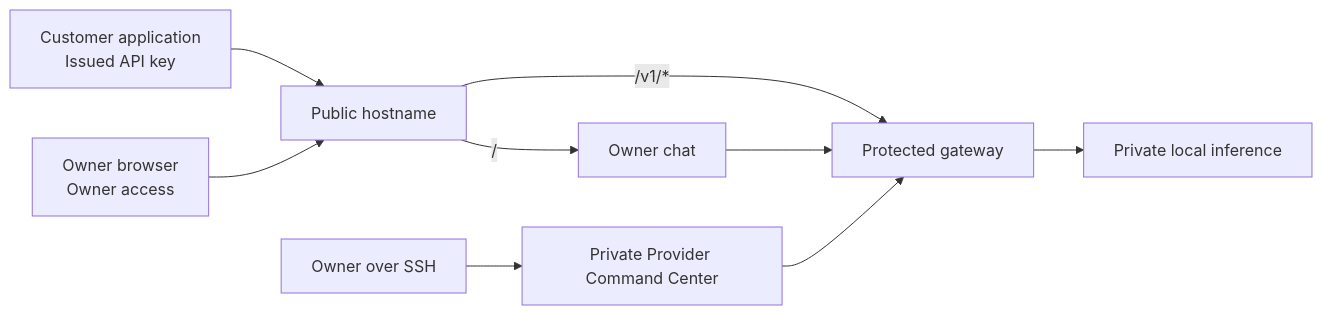
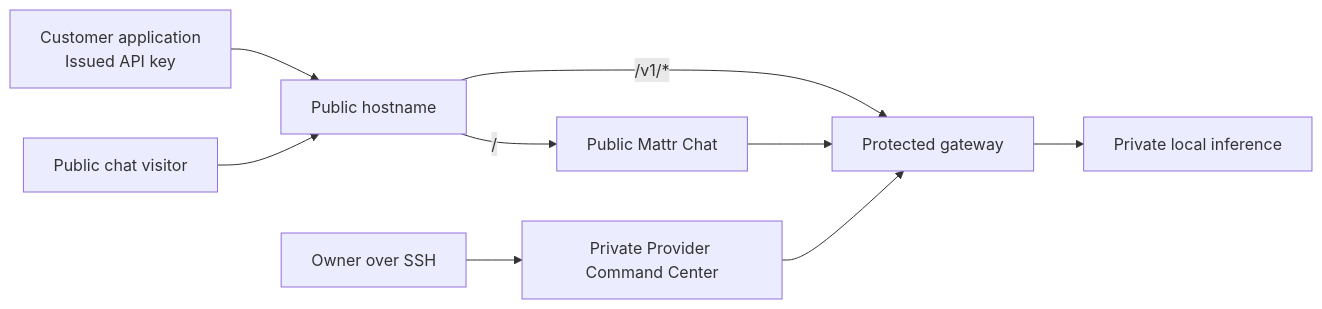
One commit to Mitrakulal/Local_server changed the diagram in README.md. Above: the diagram before and after it, drawn with Mermaid. The commit also changed other lines of this file and 12 other files, not shown here.

Commit message:
feat: launch three-seat public mattr chat

````diff
--- a/README.md
+++ b/README.md
@@ -43,11 +43,11 @@
 ```mermaid
 flowchart LR
   C[Customer application\nIssued API key] --> E[Public hostname]
-  O[Owner browser\nOwner access] --> E
+  O[Public chat visitor] --> E
   E -->|/v1/*| G[Protected gateway]
-  E -->|/| Chat[Owner chat]
+  E -->|/| Chat[Public Mattr Chat]
   Chat --> G
   G --> M[Private local inference]
   Admin[Owner over SSH] --> Console[Private Provider Command Center]
   Console --> G
 ```
````
